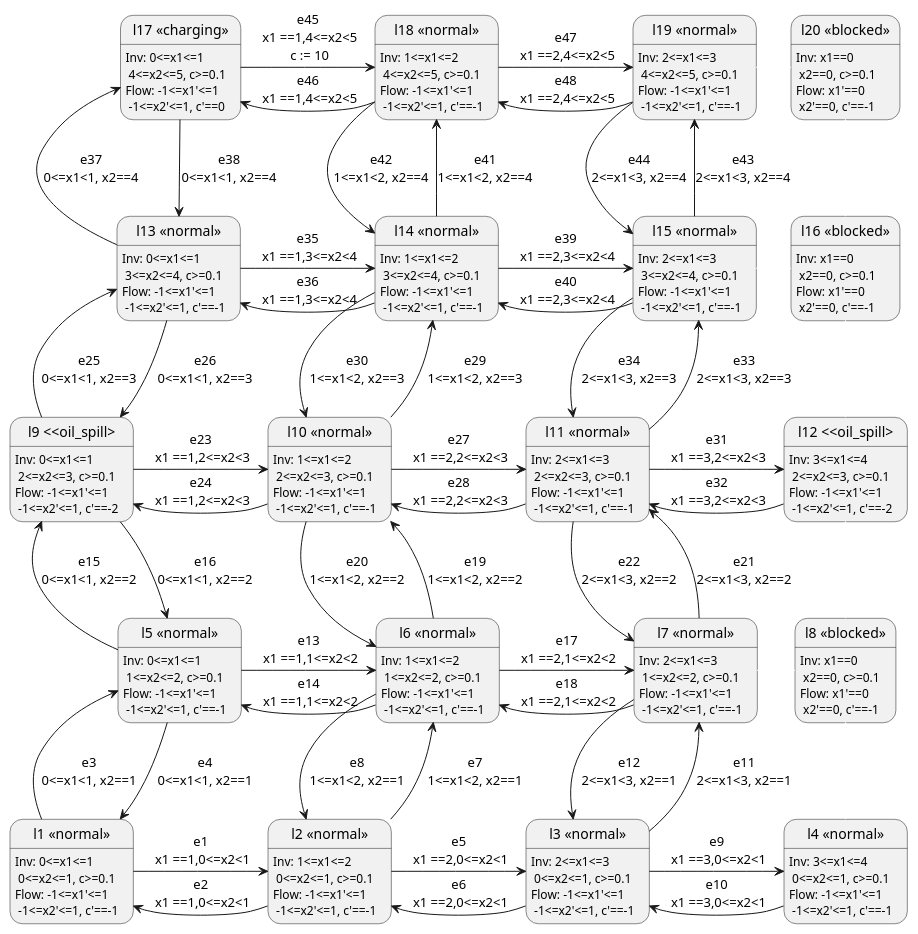
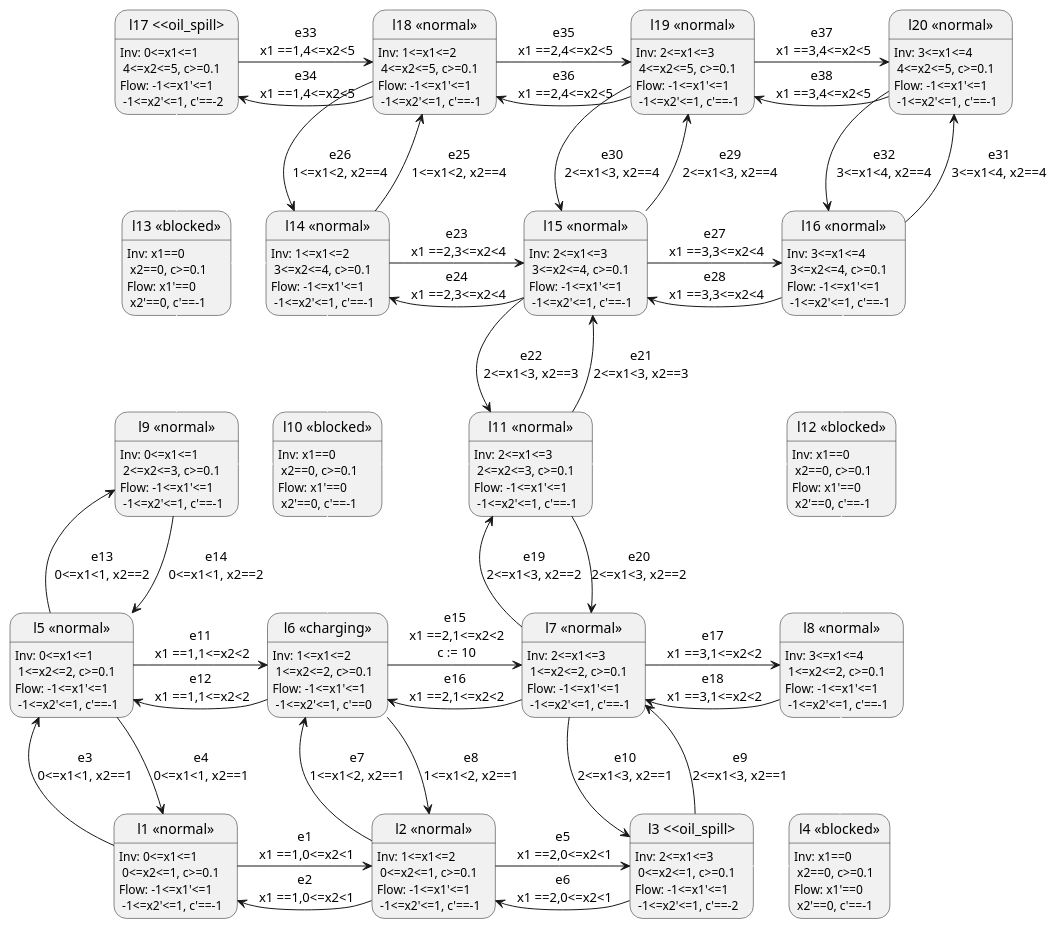
The diagram in build/generated_models/model_15.puml (skasifiqbalIACS/XML_GENERATION), drawn with PlantUML before and after one commit. The commit also changed 157 other files, not shown here.

```diff
--- a/build/generated_models/model_15.puml
+++ b/build/generated_models/model_15.puml
@@ -1,85 +1,80 @@
 @startuml model_15.puml
 skinparam state {
   BackgroundColor<<normal>> White
   BackgroundColor<<barrier>> Red
   BackgroundColor<<oil_spill>> Yellow
   BackgroundColor<<charging>> Green
 }
 
 state "l1 <<normal>>" as loc1:Inv: 0<=x1<=1\n 0<=x2<=1, c>=0.1\nFlow: -1<=x1'<=1 \n -1<=x2'<=1, c'==-1
 state "l2 <<normal>>" as loc2:Inv: 1<=x1<=2\n 0<=x2<=1, c>=0.1\nFlow: -1<=x1'<=1 \n -1<=x2'<=1, c'==-1
-state "l3 <<normal>>" as loc3:Inv: 2<=x1<=3\n 0<=x2<=1, c>=0.1\nFlow: -1<=x1'<=1 \n -1<=x2'<=1, c'==-1
-state "l4 <<normal>>" as loc4:Inv: 3<=x1<=4\n 0<=x2<=1, c>=0.1\nFlow: -1<=x1'<=1 \n -1<=x2'<=1, c'==-1
+state "l3 <<oil_spill>" as loc3:Inv: 2<=x1<=3\n 0<=x2<=1, c>=0.1\nFlow: -1<=x1'<=1 \n -1<=x2'<=1, c'==-2
+state "l4 <<blocked>>" as loc4:Inv: x1==0 \n x2==0, c>=0.1\nFlow: x1'==0 \n x2'==0, c'==-1
 state "l5 <<normal>>" as loc5:Inv: 0<=x1<=1\n 1<=x2<=2, c>=0.1\nFlow: -1<=x1'<=1 \n -1<=x2'<=1, c'==-1
-state "l6 <<normal>>" as loc6:Inv: 1<=x1<=2\n 1<=x2<=2, c>=0.1\nFlow: -1<=x1'<=1 \n -1<=x2'<=1, c'==-1
+state "l6 <<charging>>" as loc6:Inv: 1<=x1<=2\n 1<=x2<=2, c>=0.1\nFlow: -1<=x1'<=1 \n -1<=x2'<=1, c'==0
 state "l7 <<normal>>" as loc7:Inv: 2<=x1<=3\n 1<=x2<=2, c>=0.1\nFlow: -1<=x1'<=1 \n -1<=x2'<=1, c'==-1
-state "l8 <<blocked>>" as loc8:Inv: x1==0 \n x2==0, c>=0.1\nFlow: x1'==0 \n x2'==0, c'==-1
-state "l9 <<oil_spill>" as loc9:Inv: 0<=x1<=1\n 2<=x2<=3, c>=0.1\nFlow: -1<=x1'<=1 \n -1<=x2'<=1, c'==-2
-state "l10 <<normal>>" as loc10:Inv: 1<=x1<=2\n 2<=x2<=3, c>=0.1\nFlow: -1<=x1'<=1 \n -1<=x2'<=1, c'==-1
+state "l8 <<normal>>" as loc8:Inv: 3<=x1<=4\n 1<=x2<=2, c>=0.1\nFlow: -1<=x1'<=1 \n -1<=x2'<=1, c'==-1
+state "l9 <<normal>>" as loc9:Inv: 0<=x1<=1\n 2<=x2<=3, c>=0.1\nFlow: -1<=x1'<=1 \n -1<=x2'<=1, c'==-1
+state "l10 <<blocked>>" as loc10:Inv: x1==0 \n x2==0, c>=0.1\nFlow: x1'==0 \n x2'==0, c'==-1
 state "l11 <<normal>>" as loc11:Inv: 2<=x1<=3\n 2<=x2<=3, c>=0.1\nFlow: -1<=x1'<=1 \n -1<=x2'<=1, c'==-1
-state "l12 <<oil_spill>" as loc12:Inv: 3<=x1<=4\n 2<=x2<=3, c>=0.1\nFlow: -1<=x1'<=1 \n -1<=x2'<=1, c'==-2
-state "l13 <<normal>>" as loc13:Inv: 0<=x1<=1\n 3<=x2<=4, c>=0.1\nFlow: -1<=x1'<=1 \n -1<=x2'<=1, c'==-1
+state "l12 <<blocked>>" as loc12:Inv: x1==0 \n x2==0, c>=0.1\nFlow: x1'==0 \n x2'==0, c'==-1
+state "l13 <<blocked>>" as loc13:Inv: x1==0 \n x2==0, c>=0.1\nFlow: x1'==0 \n x2'==0, c'==-1
 state "l14 <<normal>>" as loc14:Inv: 1<=x1<=2\n 3<=x2<=4, c>=0.1\nFlow: -1<=x1'<=1 \n -1<=x2'<=1, c'==-1
 state "l15 <<normal>>" as loc15:Inv: 2<=x1<=3\n 3<=x2<=4, c>=0.1\nFlow: -1<=x1'<=1 \n -1<=x2'<=1, c'==-1
-state "l16 <<blocked>>" as loc16:Inv: x1==0 \n x2==0, c>=0.1\nFlow: x1'==0 \n x2'==0, c'==-1
-state "l17 <<charging>>" as loc17:Inv: 0<=x1<=1\n 4<=x2<=5, c>=0.1\nFlow: -1<=x1'<=1 \n -1<=x2'<=1, c'==0
+state "l16 <<normal>>" as loc16:Inv: 3<=x1<=4\n 3<=x2<=4, c>=0.1\nFlow: -1<=x1'<=1 \n -1<=x2'<=1, c'==-1
+state "l17 <<oil_spill>" as loc17:Inv: 0<=x1<=1\n 4<=x2<=5, c>=0.1\nFlow: -1<=x1'<=1 \n -1<=x2'<=1, c'==-2
 state "l18 <<normal>>" as loc18:Inv: 1<=x1<=2\n 4<=x2<=5, c>=0.1\nFlow: -1<=x1'<=1 \n -1<=x2'<=1, c'==-1
 state "l19 <<normal>>" as loc19:Inv: 2<=x1<=3\n 4<=x2<=5, c>=0.1\nFlow: -1<=x1'<=1 \n -1<=x2'<=1, c'==-1
-state "l20 <<blocked>>" as loc20:Inv: x1==0 \n x2==0, c>=0.1\nFlow: x1'==0 \n x2'==0, c'==-1
+state "l20 <<normal>>" as loc20:Inv: 3<=x1<=4\n 4<=x2<=5, c>=0.1\nFlow: -1<=x1'<=1 \n -1<=x2'<=1, c'==-1
 
 loc1 -right-> loc2: e1\n x1 ==1,0<=x2<1
 loc2 -left-> loc1: e2\n x1 ==1,0<=x2<1
 loc1 -up-> loc5: e3\n0<=x1<1, x2==1
 loc5 -down-> loc1: e4\n0<=x1<1, x2==1
 loc2 -right-> loc3: e5\n x1 ==2,0<=x2<1
 loc3 -left-> loc2: e6\n x1 ==2,0<=x2<1
 loc2 -up-> loc6: e7\n1<=x1<2, x2==1
 loc6 -down-> loc2: e8\n1<=x1<2, x2==1
-loc3 -right-> loc4: e9\n x1 ==3,0<=x2<1
-loc4 -left-> loc3: e10\n x1 ==3,0<=x2<1
-loc3 -up-> loc7: e11\n2<=x1<3, x2==1
-loc7 -down-> loc3: e12\n2<=x1<3, x2==1
+loc3-right[#white]->loc4
+loc3 -up-> loc7: e9\n2<=x1<3, x2==1
+loc7 -down-> loc3: e10\n2<=x1<3, x2==1
 loc4-up[#white]->loc8
-loc5 -right-> loc6: e13\n x1 ==1,1<=x2<2
-loc6 -left-> loc5: e14\n x1 ==1,1<=x2<2
-loc5 -up-> loc9: e15\n0<=x1<1, x2==2
-loc9 -down-> loc5: e16\n0<=x1<1, x2==2
-loc6 -right-> loc7: e17\n x1 ==2,1<=x2<2
-loc7 -left-> loc6: e18\n x1 ==2,1<=x2<2
-loc6 -up-> loc10: e19\n1<=x1<2, x2==2
-loc10 -down-> loc6: e20\n1<=x1<2, x2==2
-loc7-right[#white]->loc8
-loc7 -up-> loc11: e21\n2<=x1<3, x2==2
-loc11 -down-> loc7: e22\n2<=x1<3, x2==2
+loc5 -right-> loc6: e11\n x1 ==1,1<=x2<2
+loc6 -left-> loc5: e12\n x1 ==1,1<=x2<2
+loc5 -up-> loc9: e13\n0<=x1<1, x2==2
+loc9 -down-> loc5: e14\n0<=x1<1, x2==2
+loc6 -right-> loc7: e15\n x1 ==2,1<=x2<2\n c := 10
+loc7 -left-> loc6: e16\n x1 ==2,1<=x2<2
+loc6-up[#white]->loc10
+loc7 -right-> loc8: e17\n x1 ==3,1<=x2<2
+loc8 -left-> loc7: e18\n x1 ==3,1<=x2<2
+loc7 -up-> loc11: e19\n2<=x1<3, x2==2
+loc11 -down-> loc7: e20\n2<=x1<3, x2==2
 loc8-up[#white]->loc12
-loc9 -right-> loc10: e23\n x1 ==1,2<=x2<3
-loc10 -left-> loc9: e24\n x1 ==1,2<=x2<3
-loc9 -up-> loc13: e25\n0<=x1<1, x2==3
-loc13 -down-> loc9: e26\n0<=x1<1, x2==3
-loc10 -right-> loc11: e27\n x1 ==2,2<=x2<3
-loc11 -left-> loc10: e28\n x1 ==2,2<=x2<3
-loc10 -up-> loc14: e29\n1<=x1<2, x2==3
-loc14 -down-> loc10: e30\n1<=x1<2, x2==3
-loc11 -right-> loc12: e31\n x1 ==3,2<=x2<3
-loc12 -left-> loc11: e32\n x1 ==3,2<=x2<3
-loc11 -up-> loc15: e33\n2<=x1<3, x2==3
-loc15 -down-> loc11: e34\n2<=x1<3, x2==3
+loc9-right[#white]->loc10
+loc9-up[#white]->loc13
+loc10-right[#white]->loc11
+loc10-up[#white]->loc14
+loc11-right[#white]->loc12
+loc11 -up-> loc15: e21\n2<=x1<3, x2==3
+loc15 -down-> loc11: e22\n2<=x1<3, x2==3
 loc12-up[#white]->loc16
-loc13 -right-> loc14: e35\n x1 ==1,3<=x2<4
-loc14 -left-> loc13: e36\n x1 ==1,3<=x2<4
-loc13 -up-> loc17: e37\n0<=x1<1, x2==4
-loc17 -down-> loc13: e38\n0<=x1<1, x2==4
-loc14 -right-> loc15: e39\n x1 ==2,3<=x2<4
-loc15 -left-> loc14: e40\n x1 ==2,3<=x2<4
-loc14 -up-> loc18: e41\n1<=x1<2, x2==4
-loc18 -down-> loc14: e42\n1<=x1<2, x2==4
-loc15-right[#white]->loc16
-loc15 -up-> loc19: e43\n2<=x1<3, x2==4
-loc19 -down-> loc15: e44\n2<=x1<3, x2==4
-loc16-up[#white]->loc20
-loc17 -right-> loc18: e45\n x1 ==1,4<=x2<5\n c := 10
-loc18 -left-> loc17: e46\n x1 ==1,4<=x2<5
-loc18 -right-> loc19: e47\n x1 ==2,4<=x2<5
-loc19 -left-> loc18: e48\n x1 ==2,4<=x2<5
-loc19-right[#white]->loc20
+loc13-right[#white]->loc14
+loc13-up[#white]->loc17
+loc14 -right-> loc15: e23\n x1 ==2,3<=x2<4
+loc15 -left-> loc14: e24\n x1 ==2,3<=x2<4
+loc14 -up-> loc18: e25\n1<=x1<2, x2==4
+loc18 -down-> loc14: e26\n1<=x1<2, x2==4
+loc15 -right-> loc16: e27\n x1 ==3,3<=x2<4
+loc16 -left-> loc15: e28\n x1 ==3,3<=x2<4
+loc15 -up-> loc19: e29\n2<=x1<3, x2==4
+loc19 -down-> loc15: e30\n2<=x1<3, x2==4
+loc16 -up-> loc20: e31\n3<=x1<4, x2==4
+loc20 -down-> loc16: e32\n3<=x1<4, x2==4
+loc17 -right-> loc18: e33\n x1 ==1,4<=x2<5
+loc18 -left-> loc17: e34\n x1 ==1,4<=x2<5
+loc18 -right-> loc19: e35\n x1 ==2,4<=x2<5
+loc19 -left-> loc18: e36\n x1 ==2,4<=x2<5
+loc19 -right-> loc20: e37\n x1 ==3,4<=x2<5
+loc20 -left-> loc19: e38\n x1 ==3,4<=x2<5
 @enduml
```
